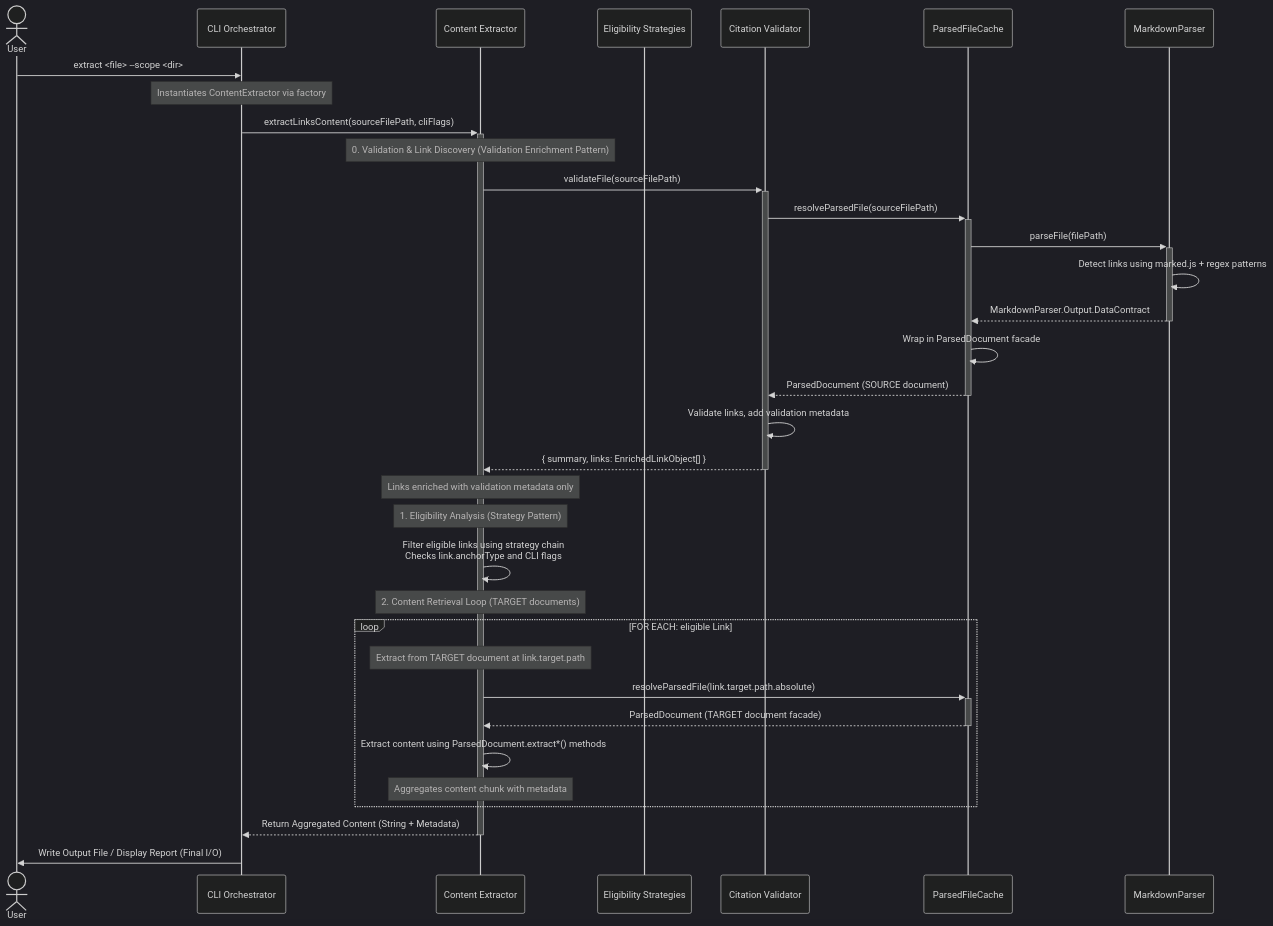
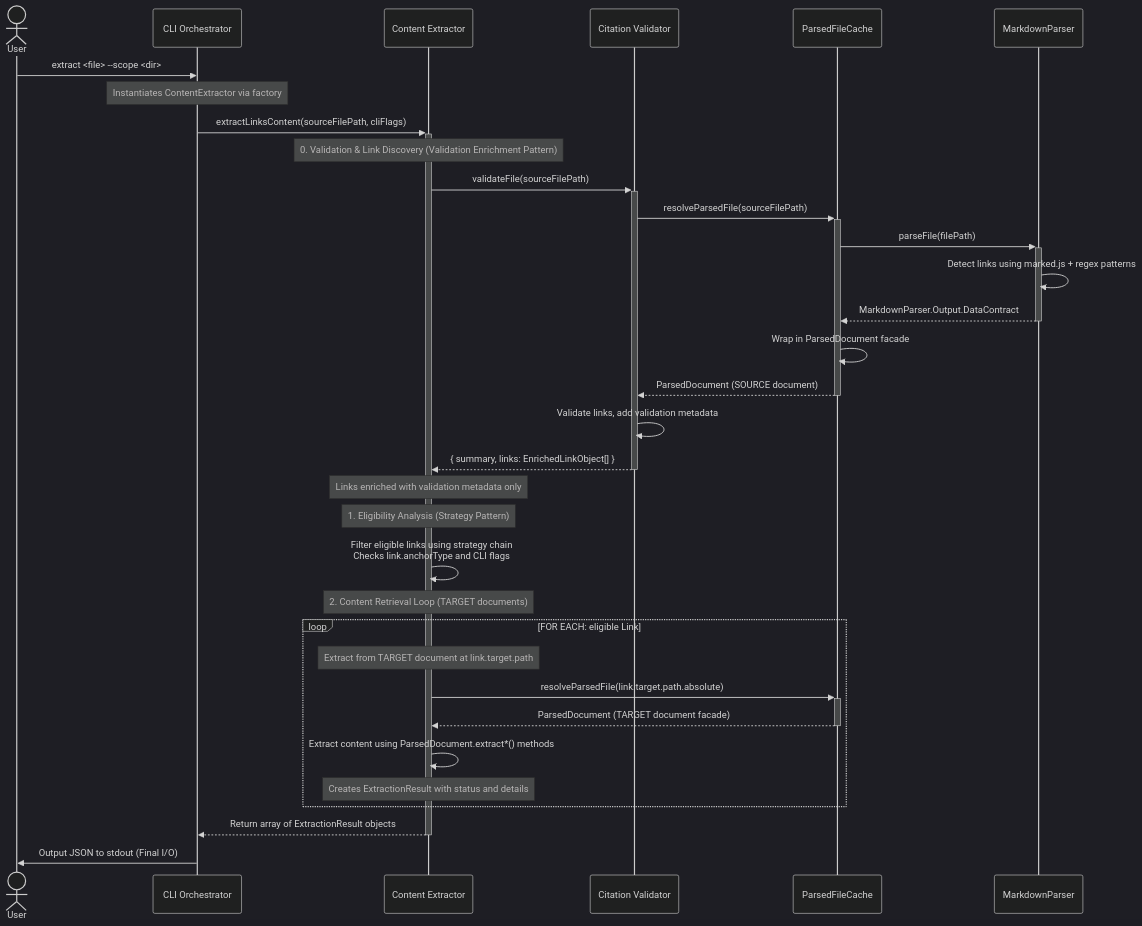
One commit to WesleyMFrederick/cc-workflows changed the second of 2 diagrams in tools/citation-manager/design-docs/component-guides/Content Extractor Implementation Guide.md. Above: the diagram before and after it, drawn with Mermaid (dark theme). The commit also changed other lines of this file and 74 other files, not shown here.

````diff
--- a/tools/citation-manager/design-docs/component-guides/Content Extractor Implementation Guide.md
+++ b/tools/citation-manager/design-docs/component-guides/Content Extractor Implementation Guide.md
@@ -164,43 +182,42 @@
 ```mermaid
 sequenceDiagram
     actor User
     participant CLI as CLI Orchestrator
     participant Extractor as Content Extractor
-    participant Strategies as Eligibility Strategies
     participant Validator as Citation Validator
     participant ParsedCache as ParsedFileCache
     participant Parser as MarkdownParser
 
 
     User->>CLI: extract <file> --scope <dir>
     note over CLI: Instantiates ContentExtractor via factory
 
     CLI->>+Extractor: extractLinksContent(sourceFilePath, cliFlags)
 
     note over Extractor: 0. Validation & Link Discovery (Validation Enrichment Pattern)
     Extractor->>+Validator: validateFile(sourceFilePath)
     Validator->>+ParsedCache: resolveParsedFile(sourceFilePath)
     ParsedCache->>+Parser: parseFile(filePath)
     Parser->>Parser: Detect links using marked.js + regex patterns
     Parser-->>-ParsedCache: MarkdownParser.Output.DataContract
     ParsedCache->>ParsedCache: Wrap in ParsedDocument facade
     ParsedCache-->>-Validator: ParsedDocument (SOURCE document)
     Validator->>Validator: Validate links, add validation metadata
     Validator-->>-Extractor: { summary, links: EnrichedLinkObject[] }
     note over Extractor: Links enriched with validation metadata only
 
     note over Extractor: 1. Eligibility Analysis (Strategy Pattern)
     Extractor->>Extractor: Filter eligible links using strategy chain<br/>Checks link.anchorType and CLI flags
 
     note over Extractor: 2. Content Retrieval Loop (TARGET documents)
     loop FOR EACH: eligible Link
         note over Extractor: Extract from TARGET document at link.target.path
         Extractor->>+ParsedCache: resolveParsedFile(link.target.path.absolute)
         ParsedCache-->>-Extractor: ParsedDocument (TARGET document facade)
         Extractor->>Extractor: Extract content using ParsedDocument.extract*() methods
-        note over Extractor: Aggregates content chunk with metadata
+        note over Extractor: Creates ExtractionResult with status and details
     end
 
-    Extractor-->>-CLI: Return Aggregated Content (String + Metadata)
-    CLI->>User: Write Output File / Display Report (Final I/O)
+    Extractor-->>-CLI: Return array of ExtractionResult objects
+    CLI->>User: Output JSON to stdout (Final I/O)
 ```
````
